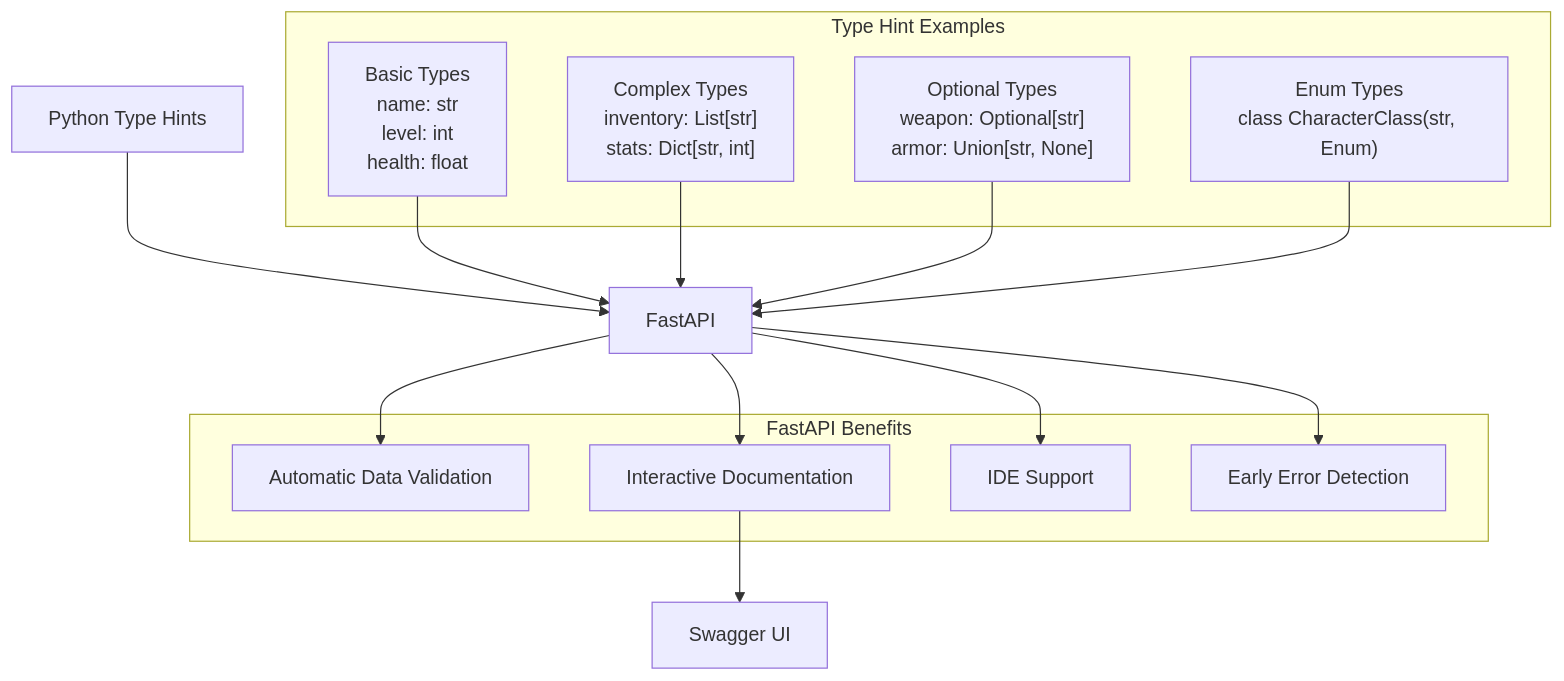
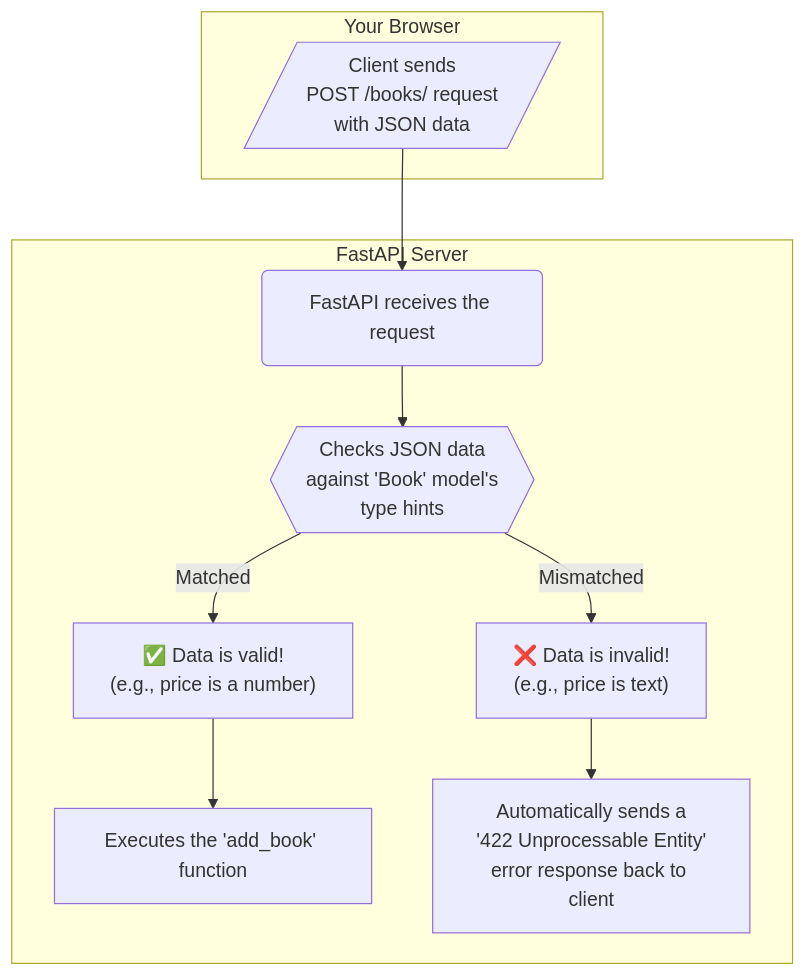
One commit to balupeddireddy08/FastAPI-for-AI-Projects changed the diagram in 02-type-hints/README.md. Above: the diagram before and after it, drawn with Mermaid. The commit also changed other lines of this file and 6 other files, not shown here.

Commit message:
Modify the code in the type hints folder

````diff
--- a/02-type-hints/README.md
+++ b/02-type-hints/README.md
@@ -23,30 +22,22 @@
 ```mermaid
 graph TD
-    A[Python Type Hints] --> B[FastAPI]
-    
-    subgraph "Type Hint Examples"
-    C["Basic Types<br/>name: str<br/>level: int<br/>health: float"] 
-    D["Complex Types<br/>inventory: List[str]<br/>stats: Dict[str, int]"]
-    E["Optional Types<br/>weapon: Optional[str]<br/>armor: Union[str, None]"]
-    F["Enum Types<br/>class CharacterClass(str, Enum)"]
+    subgraph "Your Browser"
+        A[/"Client sends<br/>POST /books/ request<br/>with JSON data"/]
     end
-    
-    subgraph "FastAPI Benefits"
-    G[Automatic Data Validation]
-    H[Interactive Documentation]
-    I[IDE Support]
-    J[Early Error Detection]
+
+    subgraph "FastAPI Server"
+        B(FastAPI receives the request)
+        C{{"Checks JSON data<br/>against 'Book' model's<br/>type hints"}}
+        D["✅ Data is valid!<br/>(e.g., price is a number)"]
+        E["❌ Data is invalid!<br/>(e.g., price is text)"]
+        F[Executes the 'add_book' function]
+        G[Automatically sends a<br/>'422 Unprocessable Entity'<br/>error response back to client]
     end
-    
-    C --> B
-    D --> B
-    E --> B
-    F --> B
-    
-    B --> G
-    B --> H
-    B --> I
-    B --> J
-    
-    H --> K[Swagger UI]
+
+    A --> B
+    B --> C
+    C -- Matched --> D
+    C -- Mismatched --> E
+    D --> F
+    E --> G
 ```
````
